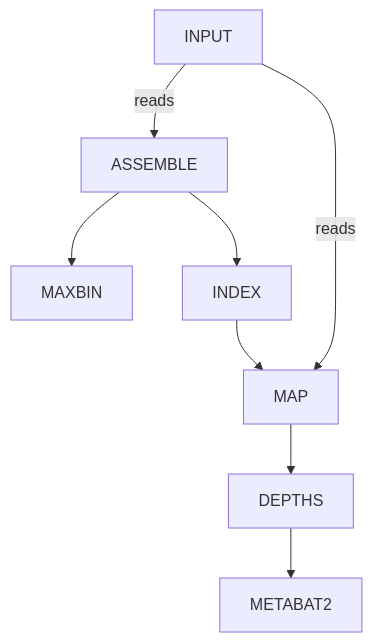
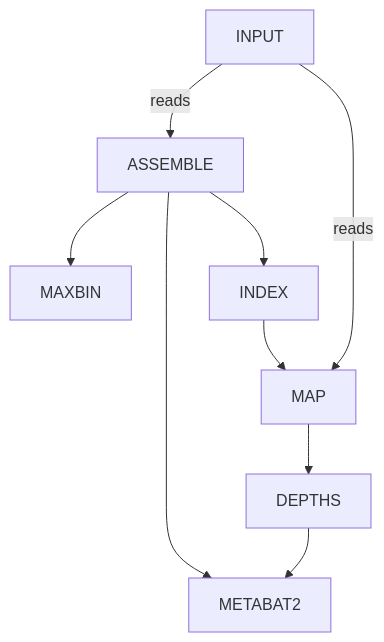
One commit to telatin/nf-channel-error changed the diagram in README.md. Above: the diagram before and after it, drawn with Mermaid.

````diff
--- a/README.md
+++ b/README.md
@@ -6,10 +6,11 @@
 ```mermaid
 graph TD;
   INPUT -- reads --> ASSEMBLE;
   INPUT -- reads -->   MAP;
   ASSEMBLE --> MAXBIN;
   ASSEMBLE --> INDEX;
   INDEX --> MAP;
   MAP --> DEPTHS;
   DEPTHS --> METABAT2;
+  ASSEMBLE --> METABAT2;
 ```
````
